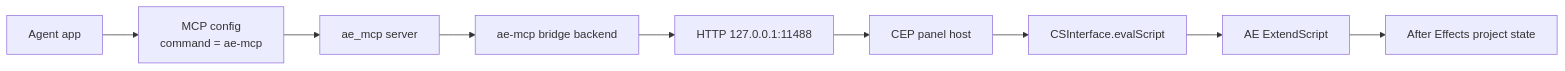
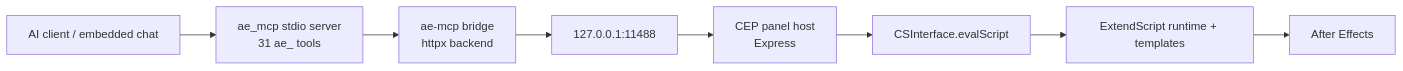
One commit to JUNKDOGE-JOE/after-effects-mcp changed the third of 4 diagrams in docs/WORKFLOW.md. Above: the diagram before and after it, drawn with Mermaid. The commit also changed other lines of this file and 5 other files, not shown here.

First line of the commit message:
docs: refresh README and docs to the v0.7.0 panel/multi-backend state (F5)

````diff
--- a/docs/WORKFLOW.md
+++ b/docs/WORKFLOW.md
@@ -173,11 +180,10 @@
 ```mermaid
 flowchart LR
-    A["Agent app"] --> B["MCP config<br/>command = ae-mcp"]
-    B --> C["ae_mcp server"]
-    C --> D["ae-mcp bridge backend"]
-    D --> E["HTTP 127.0.0.1:11488"]
-    E --> F["CEP panel host"]
-    F --> G["CSInterface.evalScript"]
-    G --> H["AE ExtendScript"]
-    H --> I["After Effects project state"]
+    A["AI client / embedded chat"] --> B["ae_mcp stdio server<br/>31 ae_ tools"]
+    B --> C["ae-mcp bridge<br/>httpx backend"]
+    C --> D["127.0.0.1:11488"]
+    D --> E["CEP panel host<br/>Express"]
+    E --> F["CSInterface.evalScript"]
+    F --> G["ExtendScript runtime + templates"]
+    G --> H["After Effects"]
 ```
````
